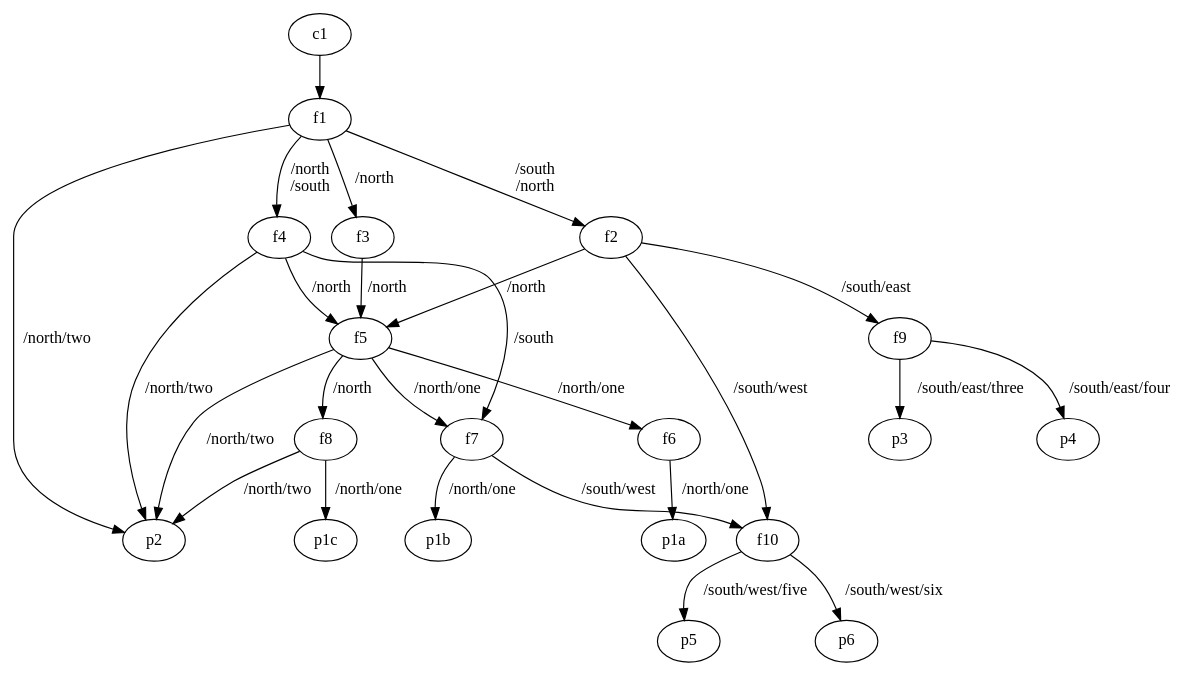
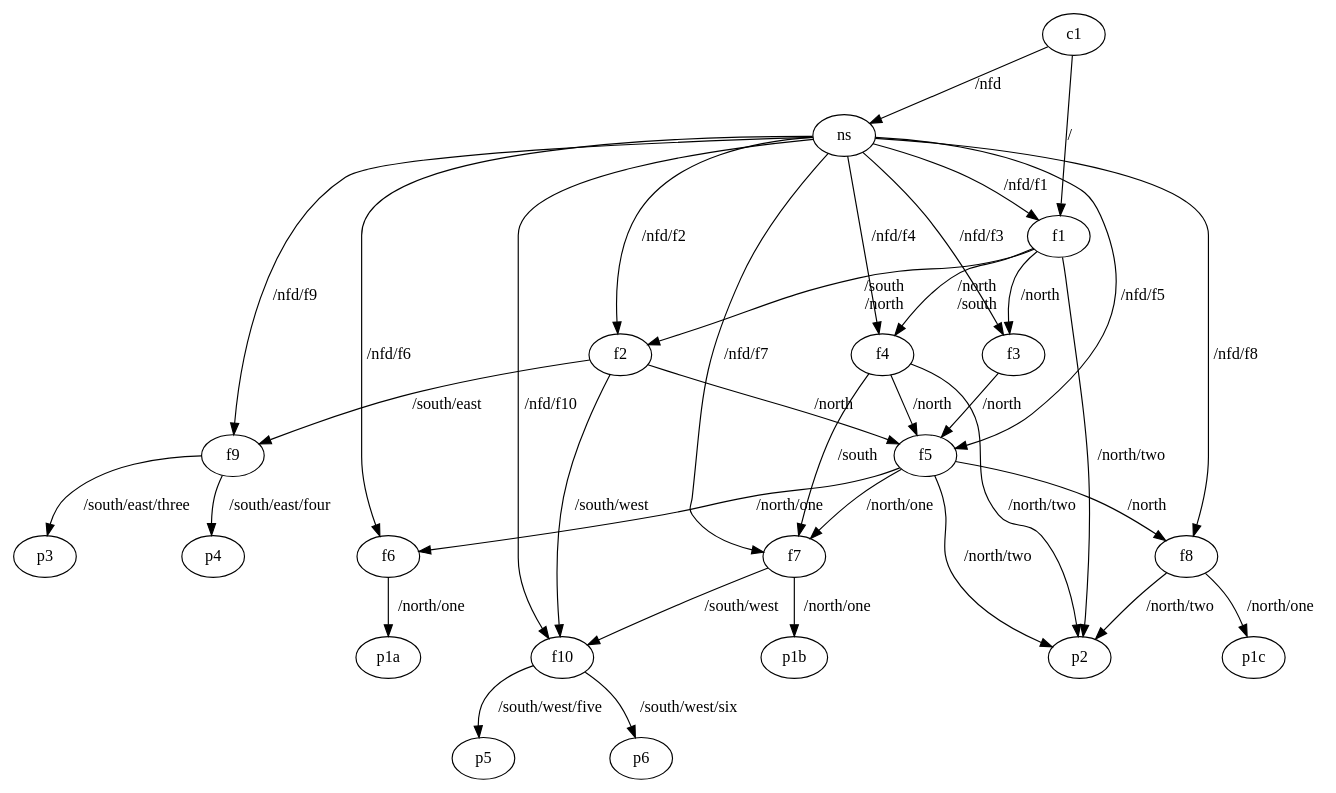
The diagram in graph2.dot (saifulislampi/ndn-traceroute), drawn with Graphviz before and after one commit. The commit also changed 1 other file, not shown here.

Commit message:
harder graph; removed EXPOSEd ports

```diff
--- a/graph2.dot
+++ b/graph2.dot
@@ -1,59 +1,72 @@
 digraph G {
     f1 [class="forwarder"]
     f1 -> f2 [label="/south\n/north"]
     f1 -> f3 [label="/north"]
     f1 -> f4 [label="/north\n/south"]
     f1 -> p2 [label="/north/two"]
 
     f2 [class="forwarder"]
     f2 -> f5 [label="/north"]
     f2 -> f9 [label="/south/east"]
     f2 -> f10 [label="/south/west"]
 
     f3 [class="forwarder"]
     f3 -> f5 [label="/north"]
 
     f4 [class="forwarder"]
     f4 -> f5 [label="/north"]
     f4 -> p2 [label="/north/two"]
     f4 -> f7 [label="/south"]
 
     f5 [class="forwarder"]
     f5 -> f6 [label="/north/one"]
     f5 -> f7 [label="/north/one"]
     f5 -> f8 [label="/north"]
     f5 -> p2 [label="/north/two"]
 
     f6 [class="forwarder"]
     f6 -> p1a [label="/north/one"]
 
     f7 [class="forwarder"]
     f7 -> p1b [label="/north/one"]
     f7 -> f10 [label="/south/west"]
 
     f8 [class="forwarder"]
     f8 -> p2 [label="/north/two"]
     f8 -> p1c [label="/north/one"]
 
     p1a [class="producer" data="/north/one/data"]
     p1b [class="producer" data="/north/one/data"]
     p1c [class="producer" data="/north/one/data"]
 
     p2 [class="producer" data="/north/two/data"]
 
     c1 [class="client"]
-    c1 -> f1
+    c1 -> f1 [label="/"]
+    c1 -> ns [label="/nfd"]
 
     f9 [class="forwarder"]
     f9 -> p3 [label="/south/east/three"]
     f9 -> p4 [label="/south/east/four"]
 
     f10 [class="forwarder"]
     f10 -> p5 [label="/south/west/five"]
     f10 -> p6 [label="/south/west/six"]
 
     p3 [class="producer" data="/south/east/three/data"]
     p4 [class="producer" data="/south/east/four/data"]
     p5 [class="producer" data="/south/west/five/data"]
     p6 [class="producer" data="/south/west/six/data"]
+
+    ns [class="forwarder"]
+    ns -> f1 [label="/nfd/f1"]
+    ns -> f2 [label="/nfd/f2"]
+    ns -> f3 [label="/nfd/f3"]
+    ns -> f4 [label="/nfd/f4"]
+    ns -> f5 [label="/nfd/f5"]
+    ns -> f6 [label="/nfd/f6"]
+    ns -> f7 [label="/nfd/f7"]
+    ns -> f8 [label="/nfd/f8"]
+    ns -> f9 [label="/nfd/f9"]
+    ns -> f10 [label="/nfd/f10"]
 }
```
